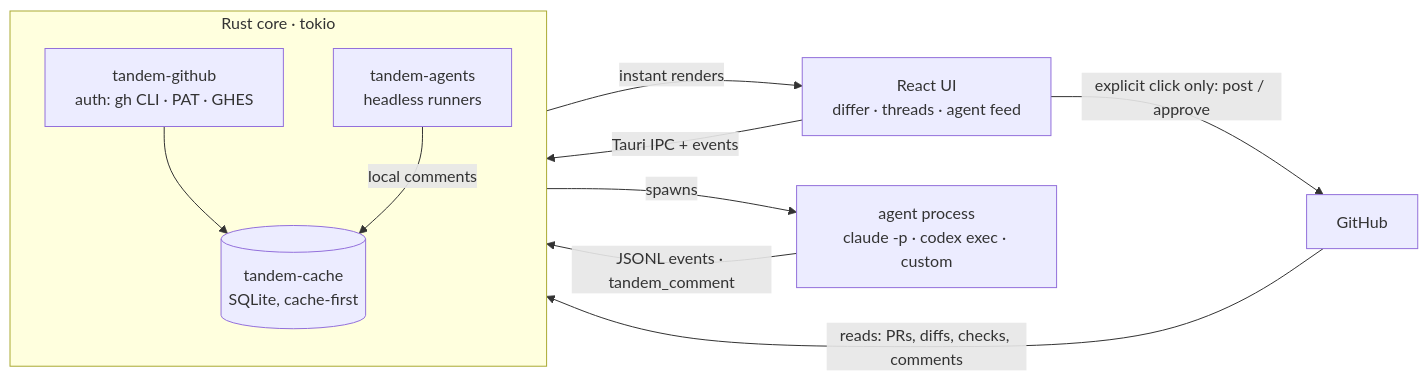
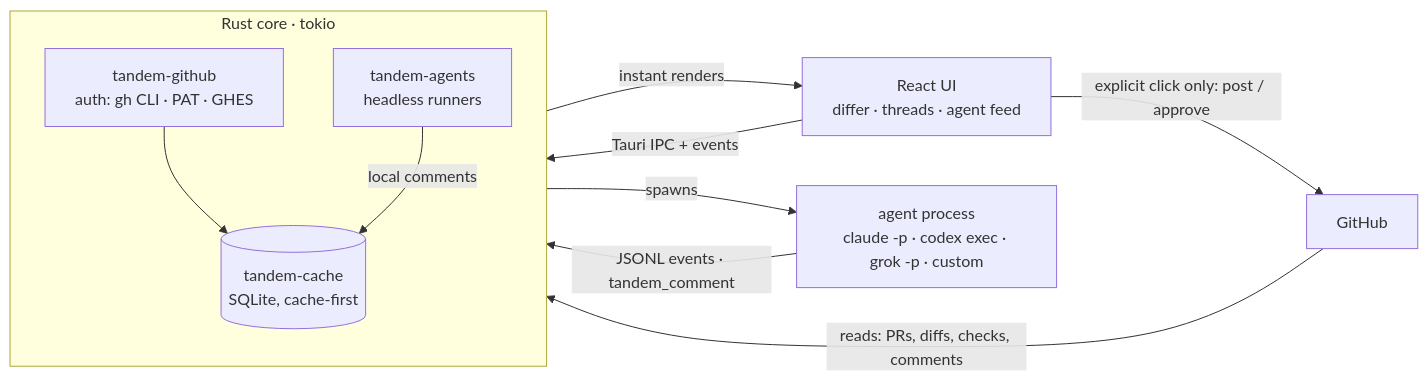
The first of 2 diagrams in tandem/README.md (beagle-tools/beagle-tools), drawn with Mermaid before and after one commit. The commit also changed other lines of this file and 31 other files, not shown here.

````diff
--- a/tandem/README.md
+++ b/tandem/README.md
@@ -20,21 +37,21 @@
 ```mermaid
 flowchart LR
     GH["GitHub"]
     subgraph core["Rust core · tokio"]
         direction TB
         client["tandem-github<br/>auth: gh CLI · PAT · GHES"]
         cache[("tandem-cache<br/>SQLite, cache-first")]
         runners["tandem-agents<br/>headless runners"]
     end
     UI["React UI<br/>differ · threads · agent feed"]
-    proc["agent process<br/>claude -p · codex exec · custom"]
+    proc["agent process<br/>claude -p · codex exec · grok -p · custom"]
 
     GH -- "reads: PRs, diffs, checks, comments" --> client
     client --> cache
     cache -- "instant renders" --> UI
     UI -- "Tauri IPC + events" --> core
     runners -- spawns --> proc
     proc -- "JSONL events · tandem_comment" --> runners
     runners -- "local comments" --> cache
     UI -- "explicit click only: post / approve" --> GH
 ```
````
